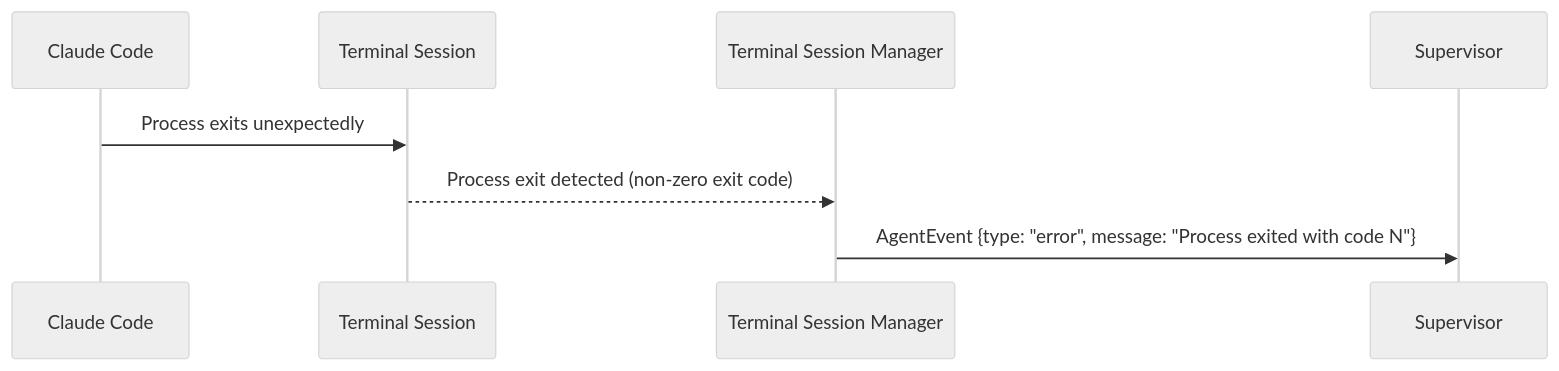
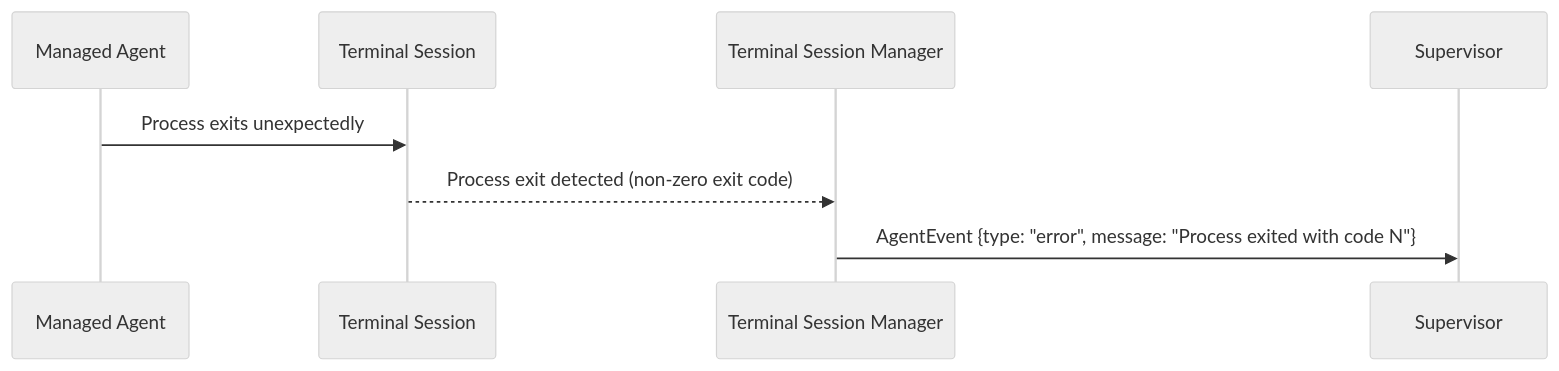
Before and after one commit to kookr-ai/kookr: the third of 3 diagrams in docs/system-models/subsystems/agent-adapter/02-key-sequences.md, drawn with Mermaid (neutral theme). The commit also changed other lines of this file, not shown here.

First line of the commit message:
docs(agent-adapter): clarify Grok auth launch flow

````diff
--- a/docs/system-models/subsystems/agent-adapter/02-key-sequences.md
+++ b/docs/system-models/subsystems/agent-adapter/02-key-sequences.md
@@ -58,11 +76,11 @@
 ```mermaid
 sequenceDiagram
-  participant CC as Claude Code
+  participant Agent as Managed Agent
   participant Term as Terminal Session
   participant SessionMgr as Terminal Session Manager
   participant Sup as Supervisor
 
-  CC->>Term: Process exits unexpectedly
+  Agent->>Term: Process exits unexpectedly
   Term-->>SessionMgr: Process exit detected (non-zero exit code)
   SessionMgr->>Sup: AgentEvent {type: "error", message: "Process exited with code N"}
 ```
````
